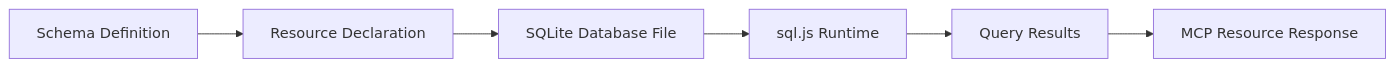
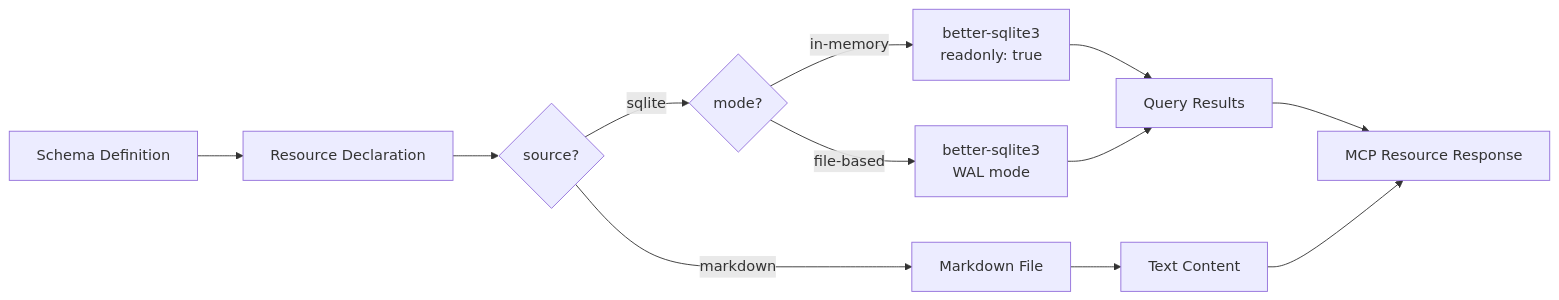
One commit to FlowMCP/flowmcp-spec changed the first of 7 diagrams in spec/v3.0.0/13-resources.md. Above: the diagram before and after it, drawn with Mermaid. The commit also changed other lines of this file and 2 other files, not shown here.

````diff
--- a/spec/v3.0.0/13-resources.md
+++ b/spec/v3.0.0/13-resources.md
@@ -13,8 +13,14 @@
 ```mermaid
 flowchart LR
     A[Schema Definition] --> B[Resource Declaration]
-    B --> C[SQLite Database File]
-    C --> D[sql.js Runtime]
-    D --> E[Query Results]
-    E --> F[MCP Resource Response]
+    B --> C{"source?"}
+    C -->|sqlite| D{"mode?"}
+    C -->|markdown| E[Markdown File]
+    D -->|in-memory| F["better-sqlite3\nreadonly: true"]
+    D -->|file-based| G["better-sqlite3\nWAL mode"]
+    F --> H[Query Results]
+    G --> H
+    E --> I[Text Content]
+    H --> J[MCP Resource Response]
+    I --> J
 ```
````
